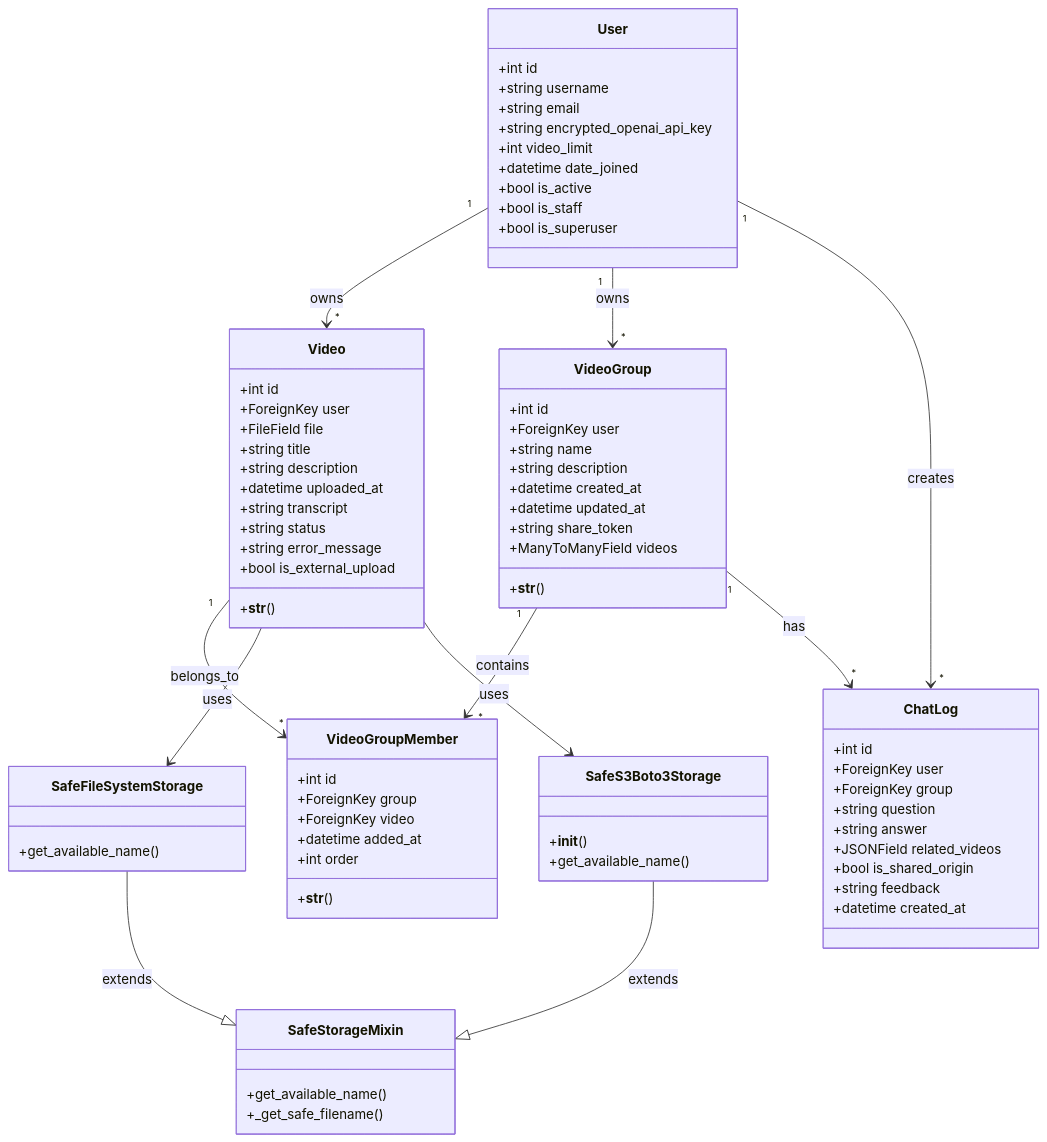
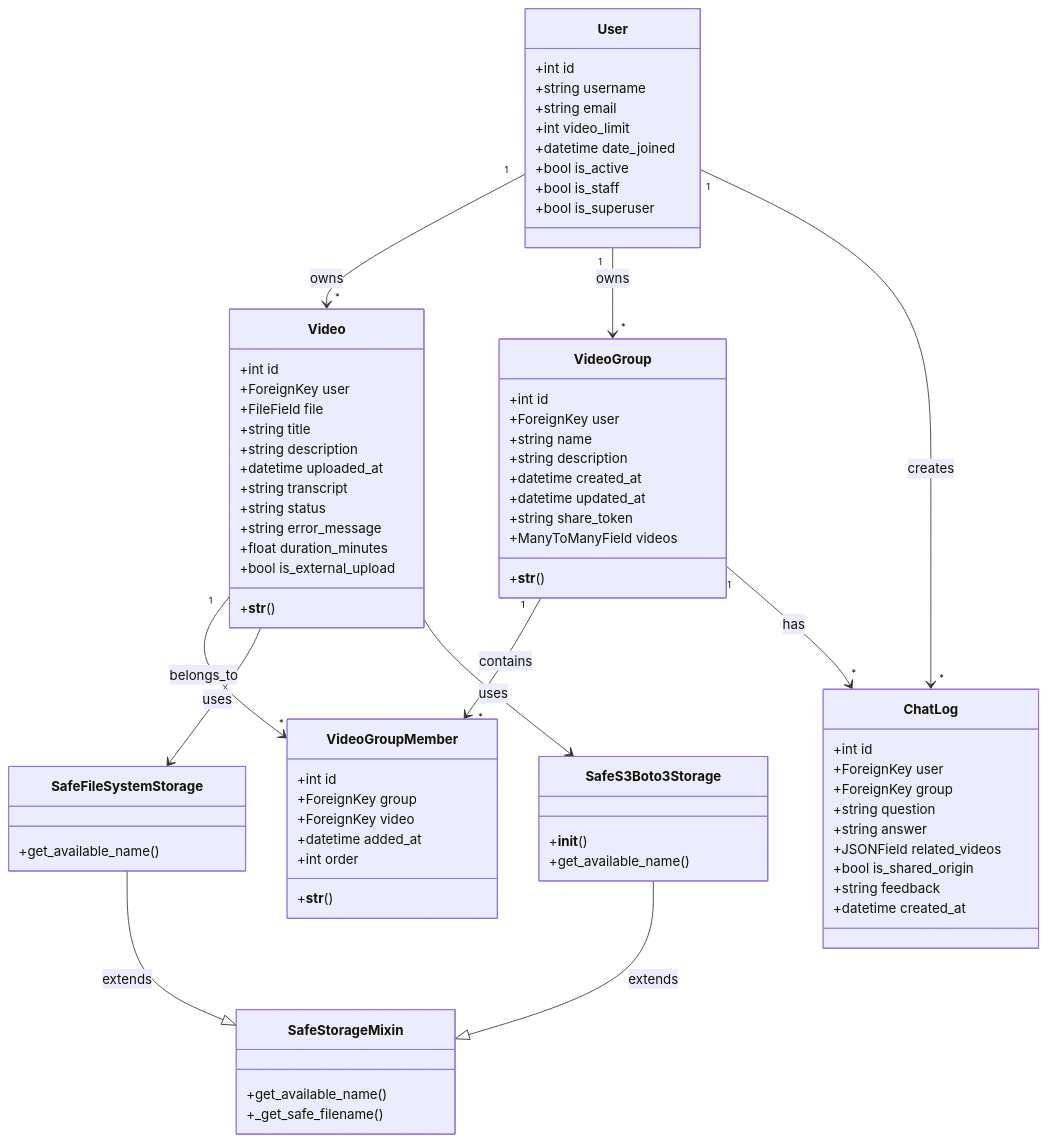
The first of 3 diagrams in docs/design/class-diagram.md (yukiharada1228/videoq), drawn with Mermaid before and after one commit. The commit also changed other lines of this file and 2 other files, not shown here.

Commit message:
Update documentation for OpenAI API key and Whisper usage tracking
- Remove encrypted_openai_api_key field from User model documentation
- Add duration_minutes field to Video model documentation
- Update video_limit default value from 10 to 50
- Update ER diagram and class diagram to reflect model changes

```diff
--- a/docs/design/class-diagram.md
+++ b/docs/design/class-diagram.md
@@ -12,7 +12,6 @@
         +int id
         +string username
         +string email
-        +string encrypted_openai_api_key
         +int video_limit
         +datetime date_joined
         +bool is_active
@@ -30,6 +29,7 @@
         +string transcript
         +string status
         +string error_message
+        +float duration_minutes
         +bool is_external_upload
         +__str__()
     }
```
